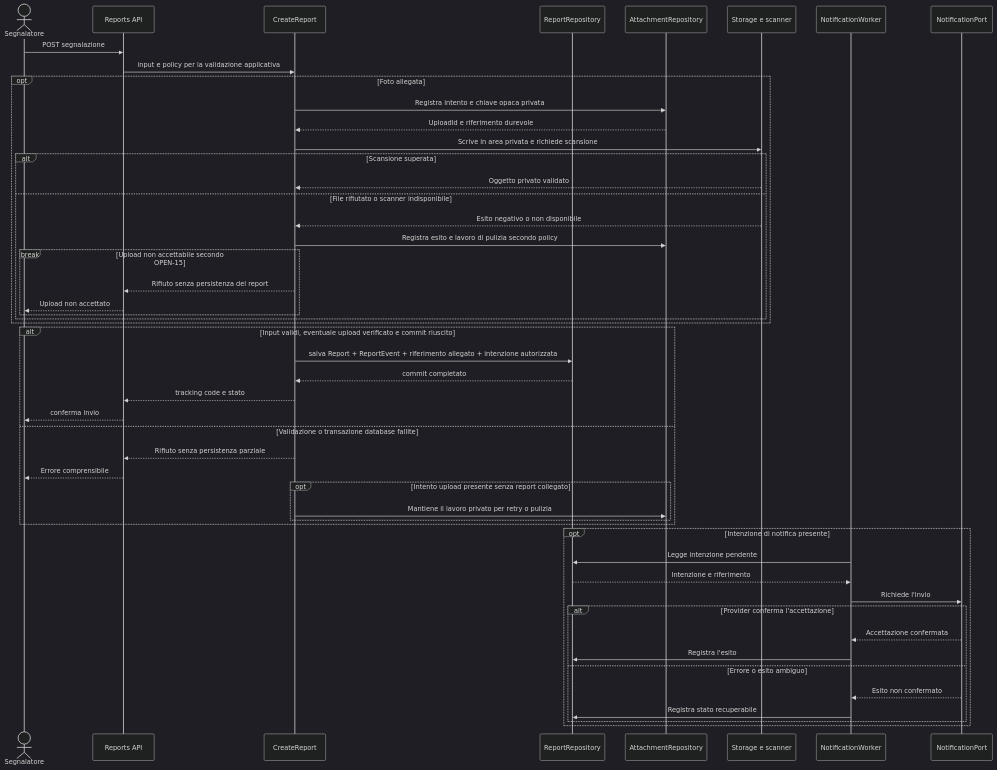
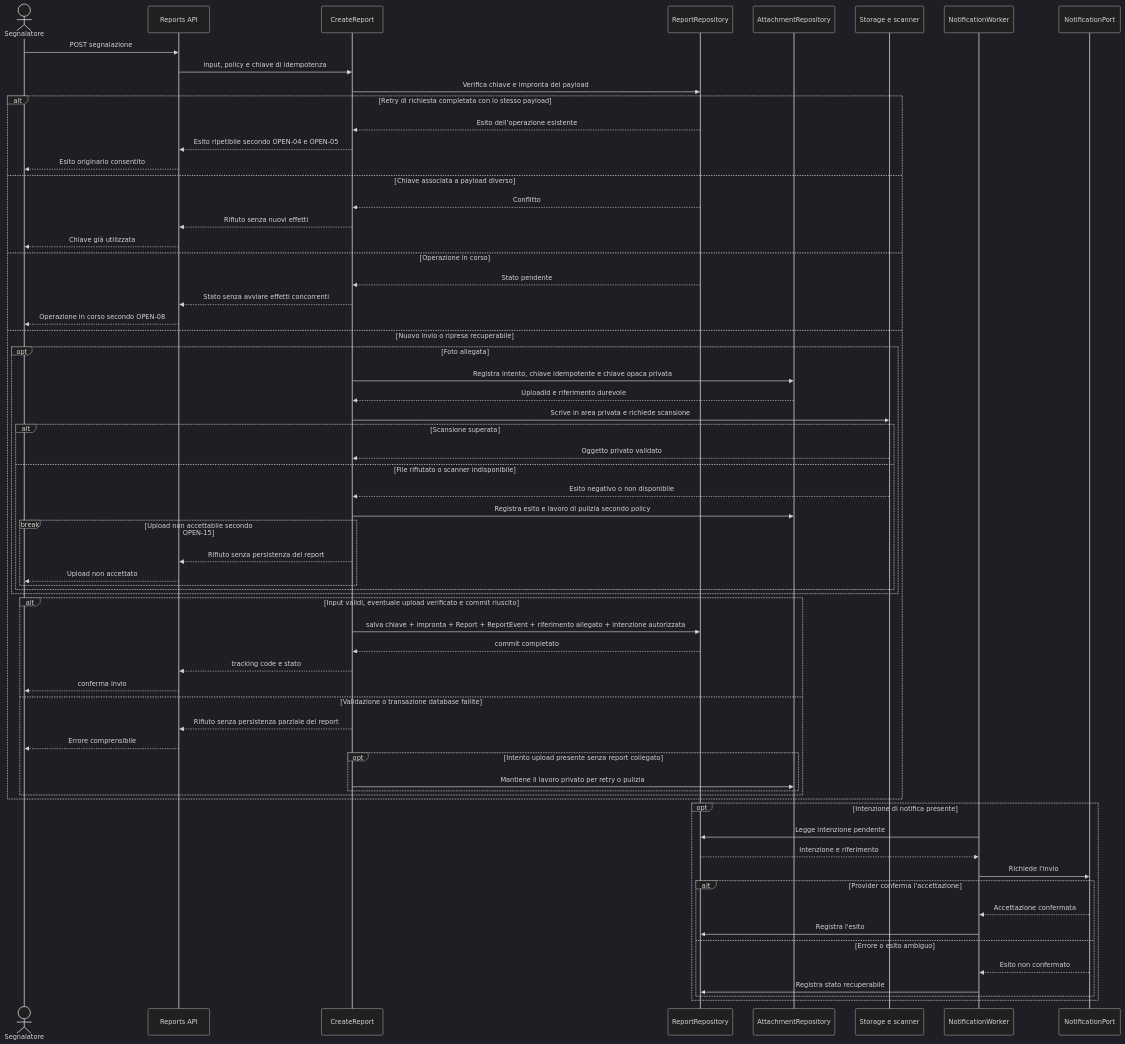
One commit to andreaplini/aegis changed the fifth of 9 diagrams in docs/RAD.md. Above: the diagram before and after it, drawn with Mermaid (dark theme). The commit also changed other lines of this file and 3 other files, not shown here.

````diff
--- a/docs/RAD.md
+++ b/docs/RAD.md
@@ -533,53 +533,68 @@
 ```mermaid
 sequenceDiagram
   accDescr: L'API salva segnalazione, evento e intenzione di notifica autorizzata in modo atomico. Un worker invia la notifica dopo il commit e registra gli esiti.
   actor S as Segnalatore
   participant API as Reports API
   participant UC as CreateReport
   participant Repo as ReportRepository
   participant Attach as AttachmentRepository
   participant Upload as Storage e scanner
   participant W as NotificationWorker
   participant N as NotificationPort
   S->>API: POST segnalazione
-  API->>UC: input e policy per la validazione applicativa
-  opt Foto allegata
-    UC->>Attach: Registra intento e chiave opaca privata
-    Attach-->>UC: UploadId e riferimento durevole
-    UC->>Upload: Scrive in area privata e richiede scansione
-    alt Scansione superata
-      Upload-->>UC: Oggetto privato validato
-    else File rifiutato o scanner indisponibile
-      Upload-->>UC: Esito negativo o non disponibile
-      UC->>Attach: Registra esito e lavoro di pulizia secondo policy
-      break Upload non accettabile secondo OPEN-15
-        UC-->>API: Rifiuto senza persistenza del report
-        API-->>S: Upload non accettato
+  API->>UC: input, policy e chiave di idempotenza
+  UC->>Repo: Verifica chiave e impronta del payload
+  alt Retry di richiesta completata con lo stesso payload
+    Repo-->>UC: Esito dell’operazione esistente
+    UC-->>API: Esito ripetibile secondo OPEN-04 e OPEN-05
+    API-->>S: Esito originario consentito
+  else Chiave associata a payload diverso
+    Repo-->>UC: Conflitto
+    UC-->>API: Rifiuto senza nuovi effetti
+    API-->>S: Chiave già utilizzata
+  else Operazione in corso
+    Repo-->>UC: Stato pendente
+    UC-->>API: Stato senza avviare effetti concorrenti
+    API-->>S: Operazione in corso secondo OPEN-08
+  else Nuovo invio o ripresa recuperabile
+    opt Foto allegata
+      UC->>Attach: Registra intento, chiave idempotente e chiave opaca privata
+      Attach-->>UC: UploadId e riferimento durevole
+      UC->>Upload: Scrive in area privata e richiede scansione
+      alt Scansione superata
+        Upload-->>UC: Oggetto privato validato
+      else File rifiutato o scanner indisponibile
+        Upload-->>UC: Esito negativo o non disponibile
+        UC->>Attach: Registra esito e lavoro di pulizia secondo policy
+        break Upload non accettabile secondo OPEN-15
+          UC-->>API: Rifiuto senza persistenza del report
+          API-->>S: Upload non accettato
+        end
       end
     end
-  end
-  alt Input validi, eventuale upload verificato e commit riuscito
-    UC->>Repo: salva Report + ReportEvent + riferimento allegato + intenzione autorizzata
-    Repo-->>UC: commit completato
-    UC-->>API: tracking code e stato
-    API-->>S: conferma invio
-  else Validazione o transazione database fallite
-    UC-->>API: Rifiuto senza persistenza parziale
-    API-->>S: Errore comprensibile
-    opt Intento upload presente senza report collegato
-      UC->>Attach: Mantiene il lavoro privato per retry o pulizia
+    alt Input validi, eventuale upload verificato e commit riuscito
+      UC->>Repo: salva chiave + impronta + Report + ReportEvent + riferimento allegato + intenzione autorizzata
+      Repo-->>UC: commit completato
+      UC-->>API: tracking code e stato
+      API-->>S: conferma invio
+    else Validazione o transazione database fallite
+      UC-->>API: Rifiuto senza persistenza parziale del report
+      API-->>S: Errore comprensibile
+      opt Intento upload presente senza report collegato
+        UC->>Attach: Mantiene il lavoro privato per retry o pulizia
+      end
     end
   end
   opt Intenzione di notifica presente
     W->>Repo: Legge intenzione pendente
     Repo-->>W: Intenzione e riferimento
     W->>N: Richiede l'invio
     alt Provider conferma l'accettazione
       N-->>W: Accettazione confermata
       W->>Repo: Registra l'esito
     else Errore o esito ambiguo
       N-->>W: Esito non confermato
       W->>Repo: Registra stato recuperabile
     end
   end
 ```
````
